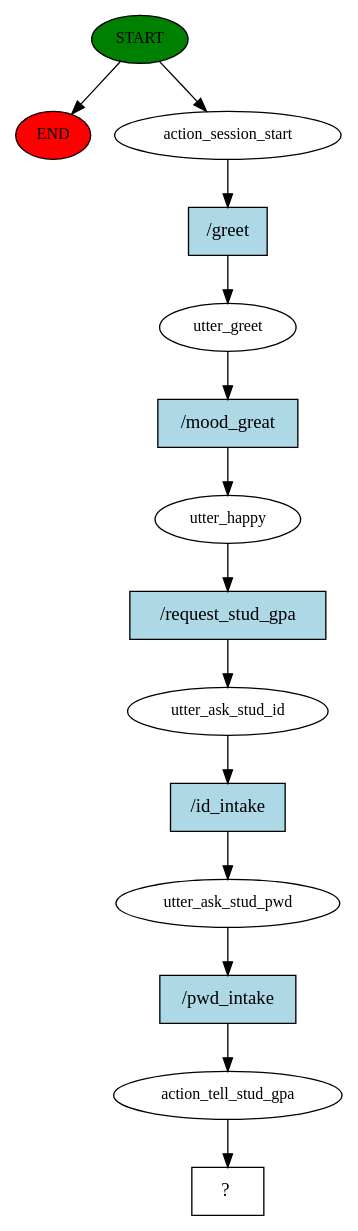
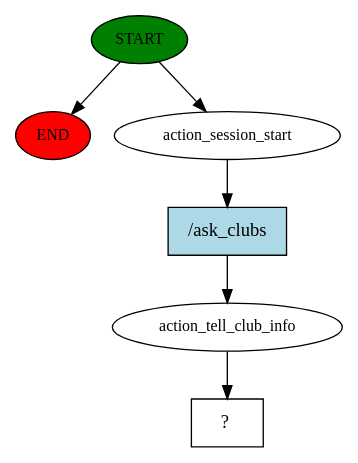
The diagram in story_graph.dot (anuragkj/BPDC_Chatbot), drawn with Graphviz before and after one commit. The commit also changed 6 other files, not shown here.

```diff
--- a/story_graph.dot
+++ b/story_graph.dot
@@ -1,29 +1,13 @@
 digraph  {
 0 [class="start active", fillcolor=green, fontsize=12, label=START, style=filled];
 "-1" [class=end, fillcolor=red, fontsize=12, label=END, style=filled];
 1 [class=active, fontsize=12, label=action_session_start];
-2 [class=active, fontsize=12, label=utter_greet];
-3 [class=active, fontsize=12, label=utter_happy];
-4 [class=active, fontsize=12, label=utter_ask_stud_id];
-5 [class=active, fontsize=12, label=utter_ask_stud_pwd];
-6 [class=active, fontsize=12, label=action_tell_stud_gpa];
-7 [class="intent dashed active", label="  ?  ", shape=rect];
-8 [class="intent active", fillcolor=lightblue, label="/greet", shape=rect, style=filled];
-9 [class="intent active", fillcolor=lightblue, label="/mood_great", shape=rect, style=filled];
-10 [class="intent active", fillcolor=lightblue, label="/request_stud_gpa", shape=rect, style=filled];
-11 [class="intent active", fillcolor=lightblue, label="/id_intake", shape=rect, style=filled];
-12 [class="intent active", fillcolor=lightblue, label="/pwd_intake", shape=rect, style=filled];
+2 [class=active, fontsize=12, label=action_tell_club_info];
+3 [class="intent dashed active", label="  ?  ", shape=rect];
+4 [class="intent active", fillcolor=lightblue, label="/ask_clubs", shape=rect, style=filled];
 0 -> "-1"  [class="", key=NONE, label=""];
 0 -> 1  [class=active, key=NONE, label=""];
-1 -> 8  [class=active, key=0];
-2 -> 9  [class=active, key=0];
-3 -> 10  [class=active, key=0];
-4 -> 11  [class=active, key=0];
-5 -> 12  [class=active, key=0];
-6 -> 7  [class=active, key=NONE, label=""];
-8 -> 2  [class=active, key=0];
-9 -> 3  [class=active, key=0];
-10 -> 4  [class=active, key=0];
-11 -> 5  [class=active, key=0];
-12 -> 6  [class=active, key=0];
+1 -> 4  [class=active, key=0];
+2 -> 3  [class=active, key=NONE, label=""];
+4 -> 2  [class=active, key=0];
 }
```
